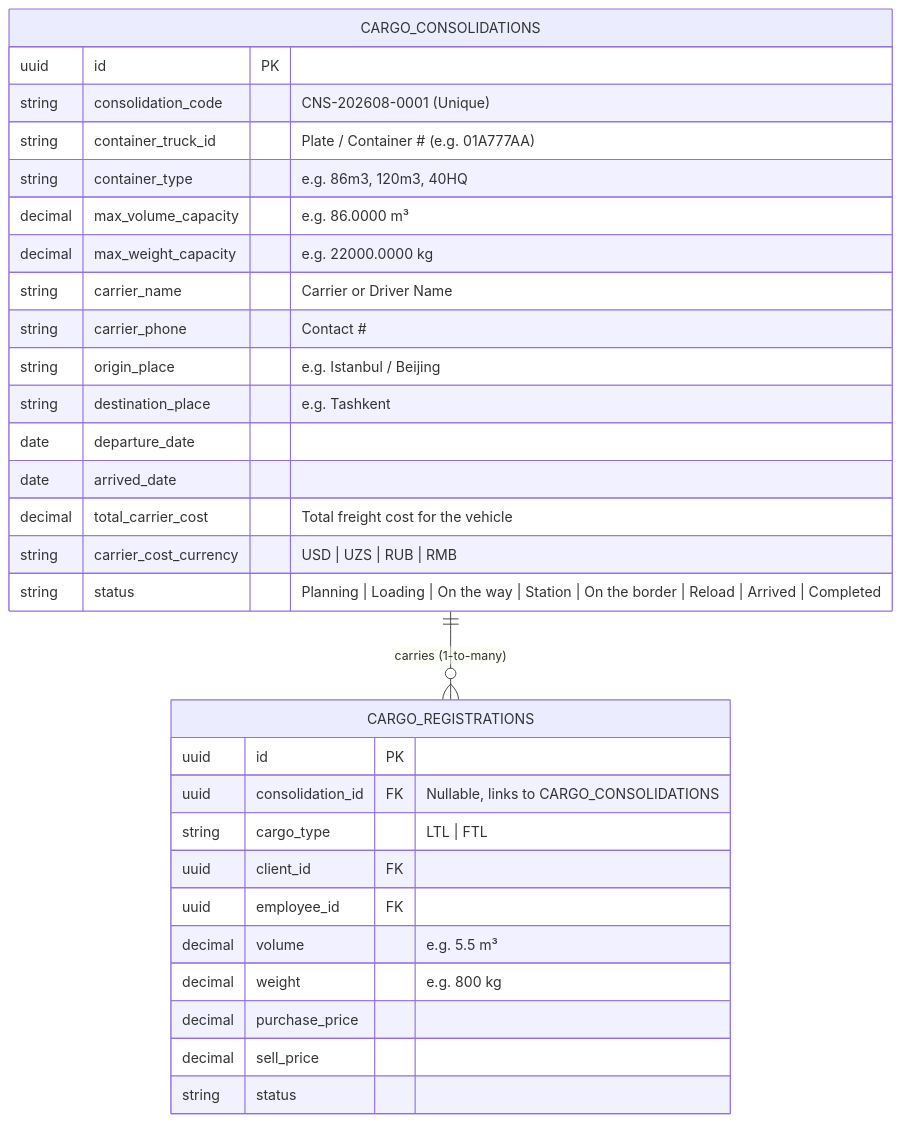
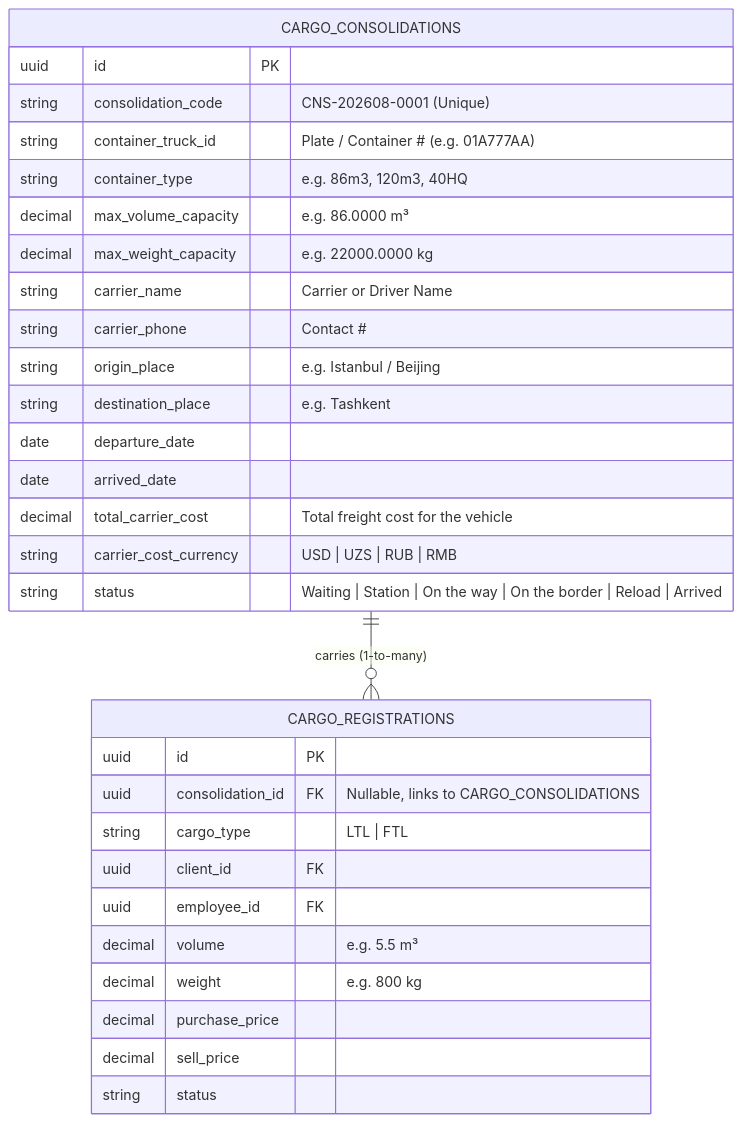
The diagram in Docs/API/CARGO_CONSOLIDATIONS_GROUPAGE_DOC.md (shaxzodrashid/YaqeenFrontend), drawn with Mermaid before and after one commit. The commit also changed other lines of this file and 4 other files, not shown here.

````diff
--- a/Docs/API/CARGO_CONSOLIDATIONS_GROUPAGE_DOC.md
+++ b/Docs/API/CARGO_CONSOLIDATIONS_GROUPAGE_DOC.md
@@ -14,35 +14,35 @@
 ```mermaid
 erDiagram
     CARGO_CONSOLIDATIONS ||--o{ CARGO_REGISTRATIONS : "carries (1-to-many)"
 
     CARGO_CONSOLIDATIONS {
         uuid id PK
         string consolidation_code "CNS-202608-0001 (Unique)"
         string container_truck_id "Plate / Container # (e.g. 01A777AA)"
         string container_type "e.g. 86m3, 120m3, 40HQ"
         decimal max_volume_capacity "e.g. 86.0000 m³"
         decimal max_weight_capacity "e.g. 22000.0000 kg"
         string carrier_name "Carrier or Driver Name"
         string carrier_phone "Contact #"
         string origin_place "e.g. Istanbul / Beijing"
         string destination_place "e.g. Tashkent"
         date departure_date
         date arrived_date
         decimal total_carrier_cost "Total freight cost for the vehicle"
         string carrier_cost_currency "USD | UZS | RUB | RMB"
-        string status "Planning | Loading | On the way | Station | On the border | Reload | Arrived | Completed"
+        string status "Waiting | Station | On the way | On the border | Reload | Arrived"
     }
 
     CARGO_REGISTRATIONS {
         uuid id PK
         uuid consolidation_id FK "Nullable, links to CARGO_CONSOLIDATIONS"
         string cargo_type "LTL | FTL"
         uuid client_id FK
         uuid employee_id FK
         decimal volume "e.g. 5.5 m³"
         decimal weight "e.g. 800 kg"
         decimal purchase_price
         decimal sell_price
         string status
     }
 ```
````
